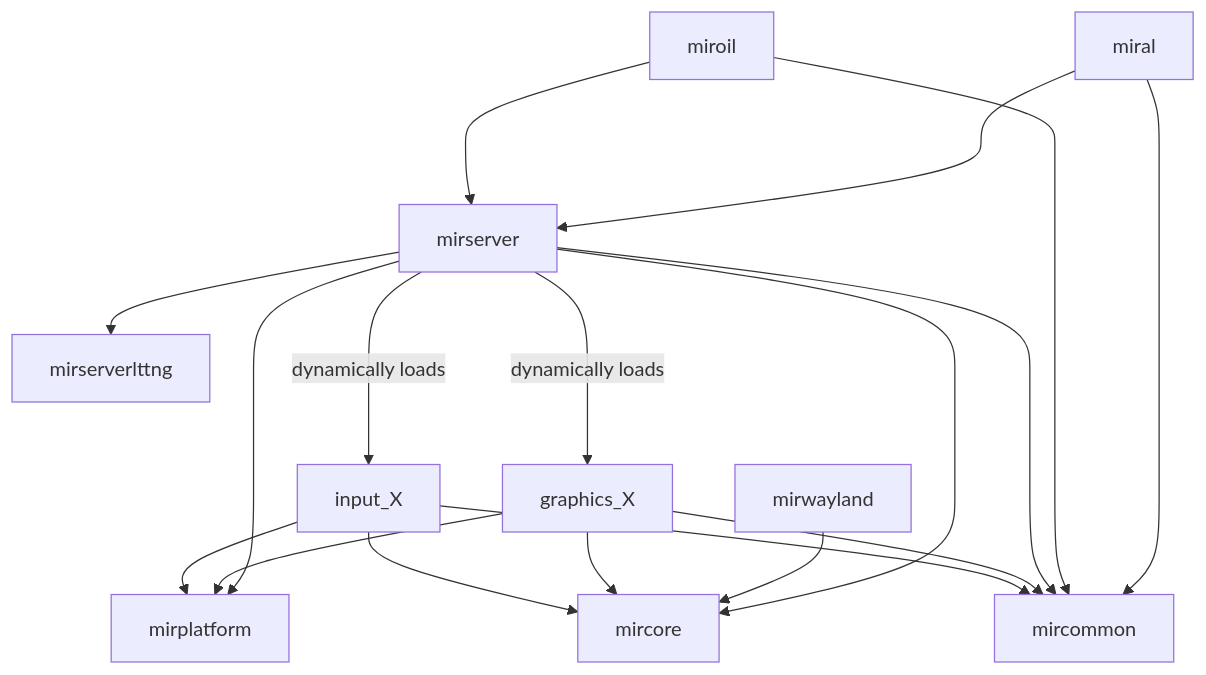
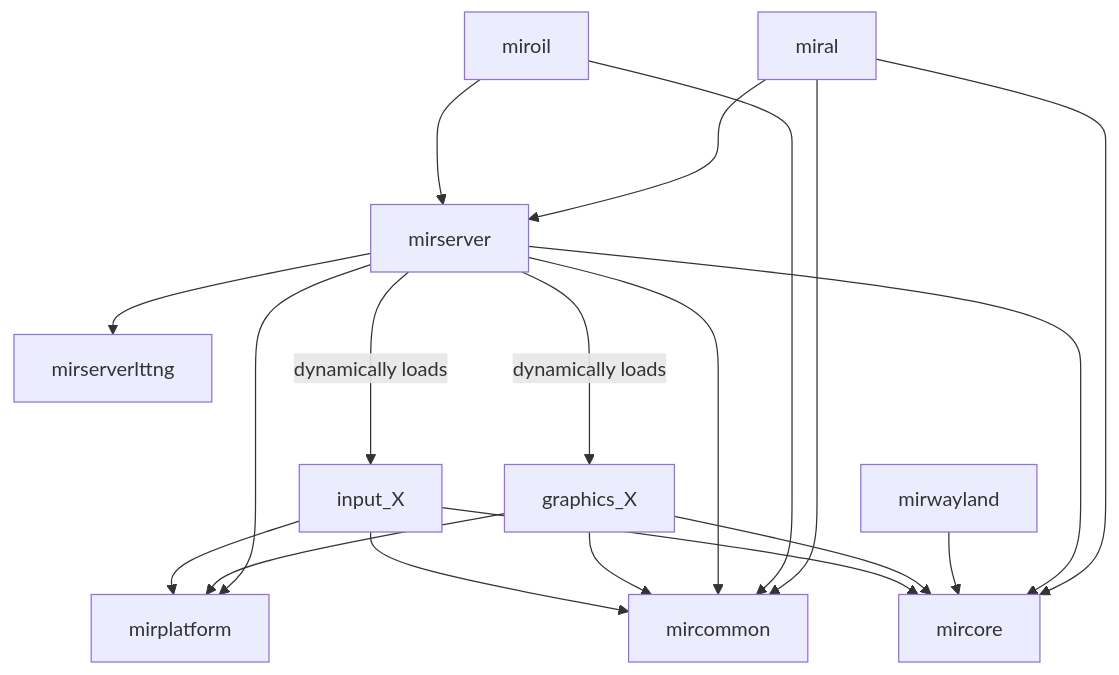
The diagram in doc/sphinx/explanation/libraries.mmd (canonical/mir), drawn with Mermaid before and after one commit. The commit also changed 1 other file, not shown here.

Commit message:
feedback: miral uses mircore and refactoring explanation of miroil

```diff
--- a/doc/sphinx/explanation/libraries.mmd
+++ b/doc/sphinx/explanation/libraries.mmd
@@ -1,18 +1,19 @@
 flowchart
     miral ---> mirserver
     miral ---> mircommon
+    miral ---> mircore
     miroil ---> mirserver
     miroil --> mircommon
     mirserver --> mirplatform
     mirserver --> mircommon
     mirserver --> mirserverlttng
     mirserver --> mircore
     mirserver --->|dynamically loads|graphics_X
     mirserver --->|dynamically loads|input_X
     mirwayland --> mircore
     graphics_X --> mirplatform
     graphics_X --> mircommon
     graphics_X --> mircore
     input_X --> mirplatform
     input_X --> mircommon
     input_X --> mircore
```
